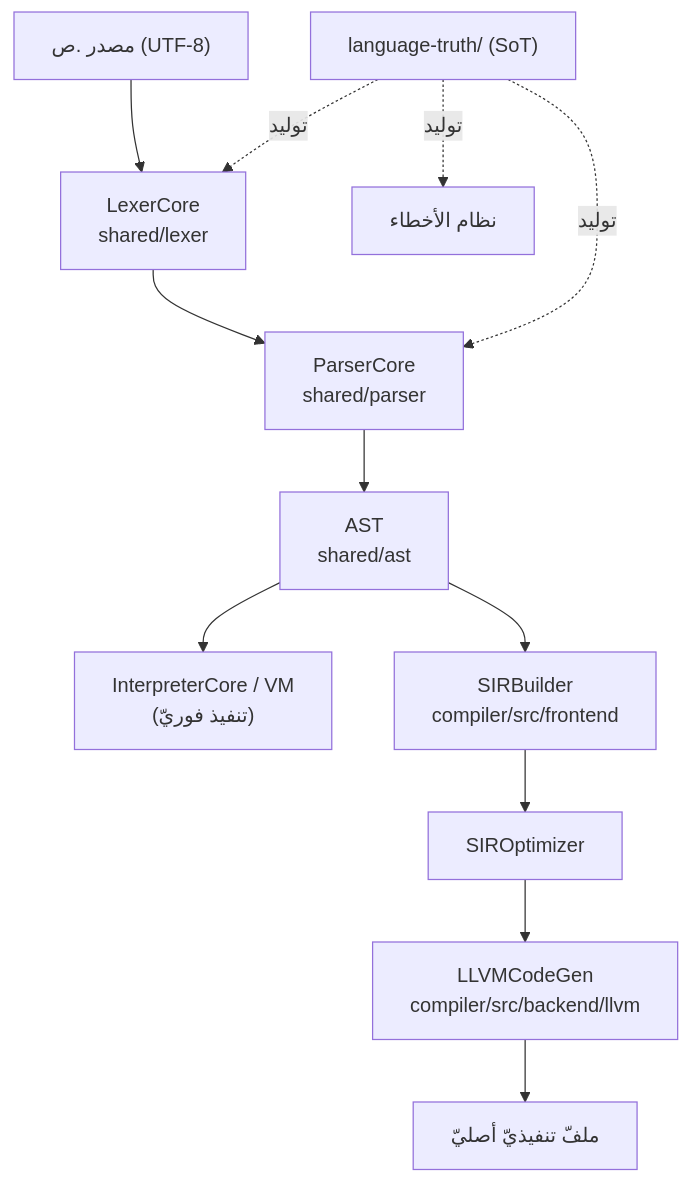
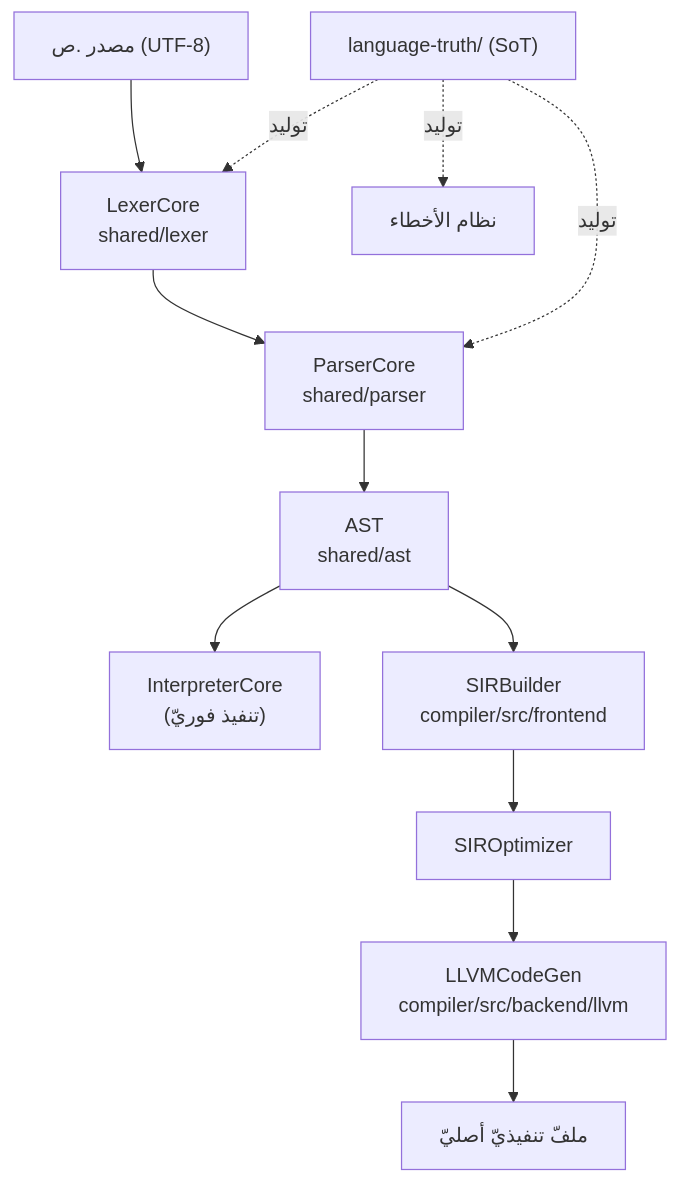
One commit to sadlang/dev-guide changed the diagram in src/architecture/overview.md. Above: the diagram before and after it, drawn with Mermaid. The commit also changed other lines of this file and 14 other files, not shown here.

````diff
--- a/src/architecture/overview.md
+++ b/src/architecture/overview.md
@@ -24,14 +25,14 @@
 ```mermaid
 flowchart TD
   SRC["مصدر .ص (UTF-8)"] --> LEX["LexerCore<br/>shared/lexer"]
   LEX --> PAR["ParserCore<br/>shared/parser"]
   PAR --> AST["AST<br/>shared/ast"]
-  AST --> INT["InterpreterCore / VM<br/>(تنفيذ فوريّ)"]
+  AST --> INT["InterpreterCore<br/>(تنفيذ فوريّ)"]
   AST --> SIR["SIRBuilder<br/>compiler/src/frontend"]
   SIR --> OPT["SIROptimizer"]
   OPT --> LLVM["LLVMCodeGen<br/>compiler/src/backend/llvm"]
   LLVM --> EXE["ملفّ تنفيذيّ أصليّ"]
   SOT["language-truth/ (SoT)"] -. "توليد" .-> LEX
   SOT -. "توليد" .-> PAR
   SOT -. "توليد" .-> ERR["نظام الأخطاء"]
 ```
````
